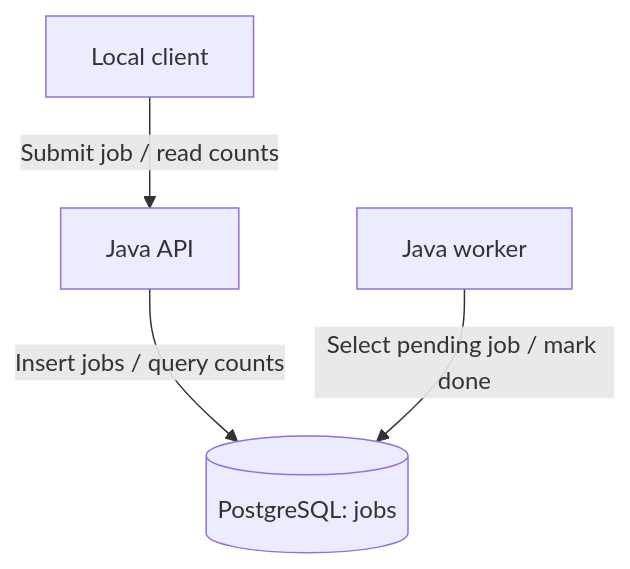
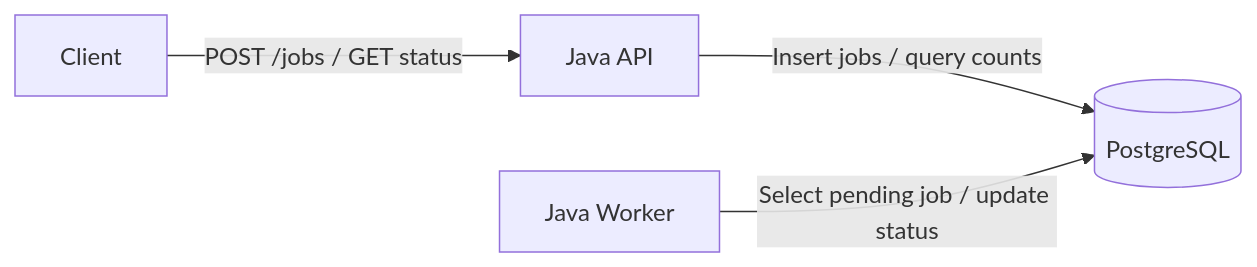
One commit to nokishohid-lgtm/AI-Assisted-DevSecOps-Security-Pipeline changed the first of 3 diagrams in docs/architecture.md. Above: the diagram before and after it, drawn with Mermaid. The commit also changed other lines of this file and 7 other files, not shown here.

Commit message:
docs(phase15): modernize security architecture documentation

````diff
--- a/docs/architecture.md
+++ b/docs/architecture.md
@@ -15,6 +27,6 @@
 ```mermaid
-flowchart TD
-    Client["Local client"] -->|"Submit job / read counts"| API["Java API"]
-    API -->|"Insert jobs / query counts"| DB[("PostgreSQL: jobs")]
-    Worker["Java worker"] -->|"Select pending job / mark done"| DB
+flowchart LR
+    Client["Client"] -->|"POST /jobs / GET status"| API["Java API"]
+    API -->|"Insert jobs / query counts"| DB[("PostgreSQL")]
+    Worker["Java Worker"] -->|"Select pending job / update status"| DB
 ```
````
